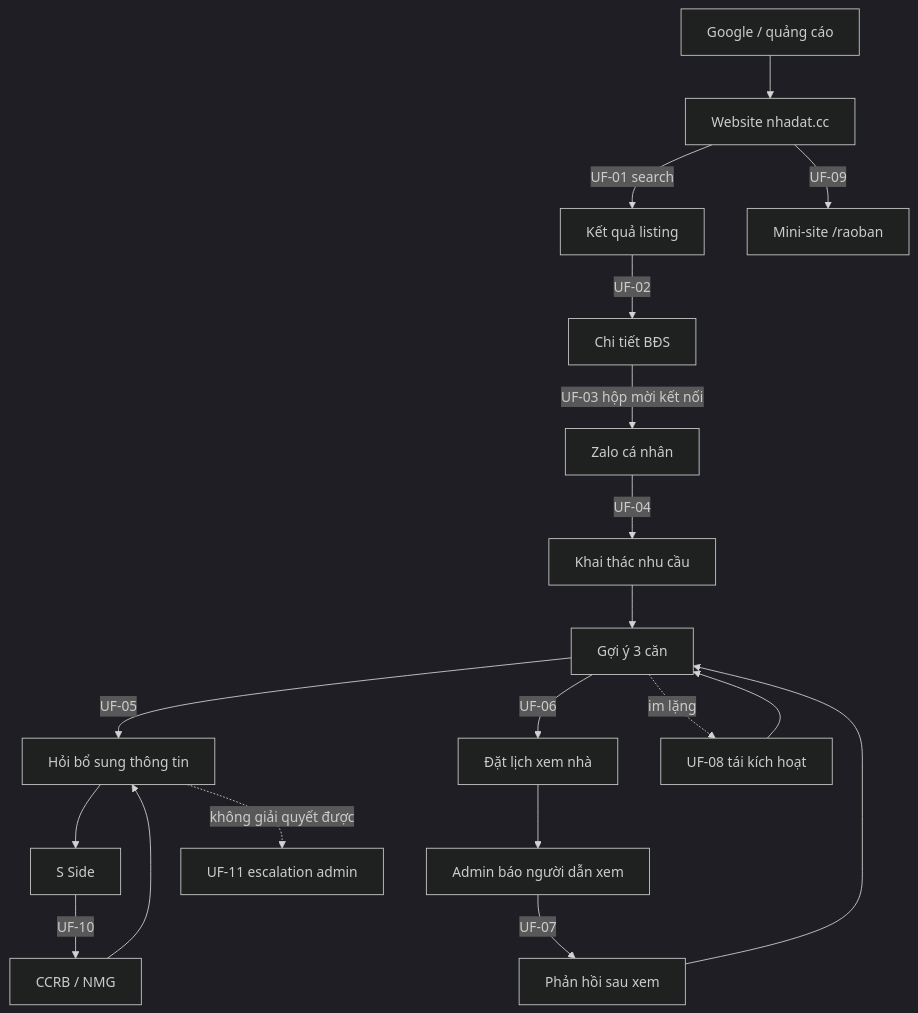
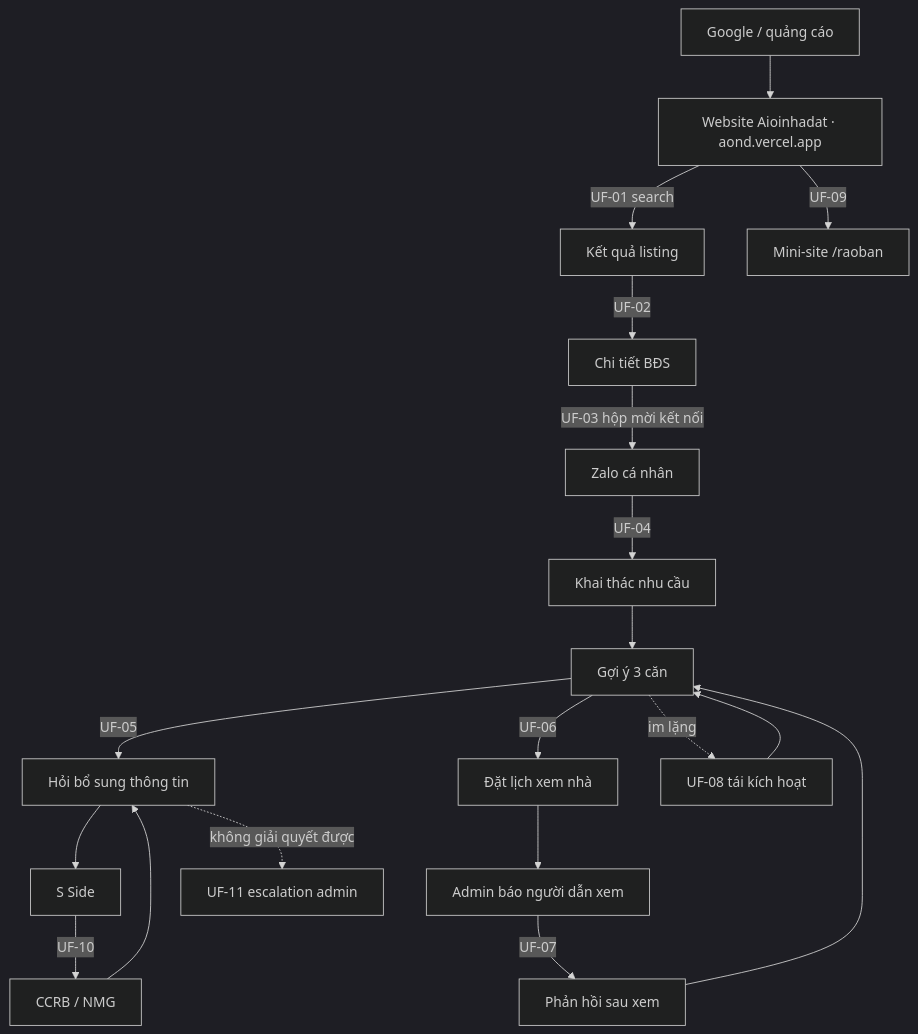
One commit to quang507/AOND changed the first of 8 diagrams in docs/03-user-flows.md. Above: the diagram before and after it, drawn with Mermaid (dark theme). The commit also changed other lines of this file and 11 other files, not shown here.

````diff
--- a/docs/03-user-flows.md
+++ b/docs/03-user-flows.md
@@ -15,21 +15,21 @@
 ```mermaid
 flowchart TD
-    G[Google / quảng cáo] --> W[Website nhadat.cc]
+    G[Google / quảng cáo] --> W[Website Aioinhadat · aond.vercel.app]
     W -->|UF-01 search| L[Kết quả listing]
     L -->|UF-02| D[Chi tiết BĐS]
     D -->|UF-03 hộp mời kết nối| Z[Zalo cá nhân]
     W -->|UF-09| SM["Mini-site /raoban"]
     Z -->|UF-04| NEED[Khai thác nhu cầu]
     NEED --> REC[Gợi ý 3 căn]
     REC -->|UF-05| ASK[Hỏi bổ sung thông tin]
     ASK --> SS[S Side]
     SS -->|UF-10| S[CCRB / NMG]
     S --> ASK
     REC -->|UF-06| BOOK[Đặt lịch xem nhà]
     BOOK --> ADMIN[Admin báo người dẫn xem]
     ADMIN -->|UF-07| FB[Phản hồi sau xem]
     FB --> REC
     REC -.im lặng.-> UF8[UF-08 tái kích hoạt]
     UF8 --> REC
     ASK -.không giải quyết được.-> ADM[UF-11 escalation admin]
 ```
````
